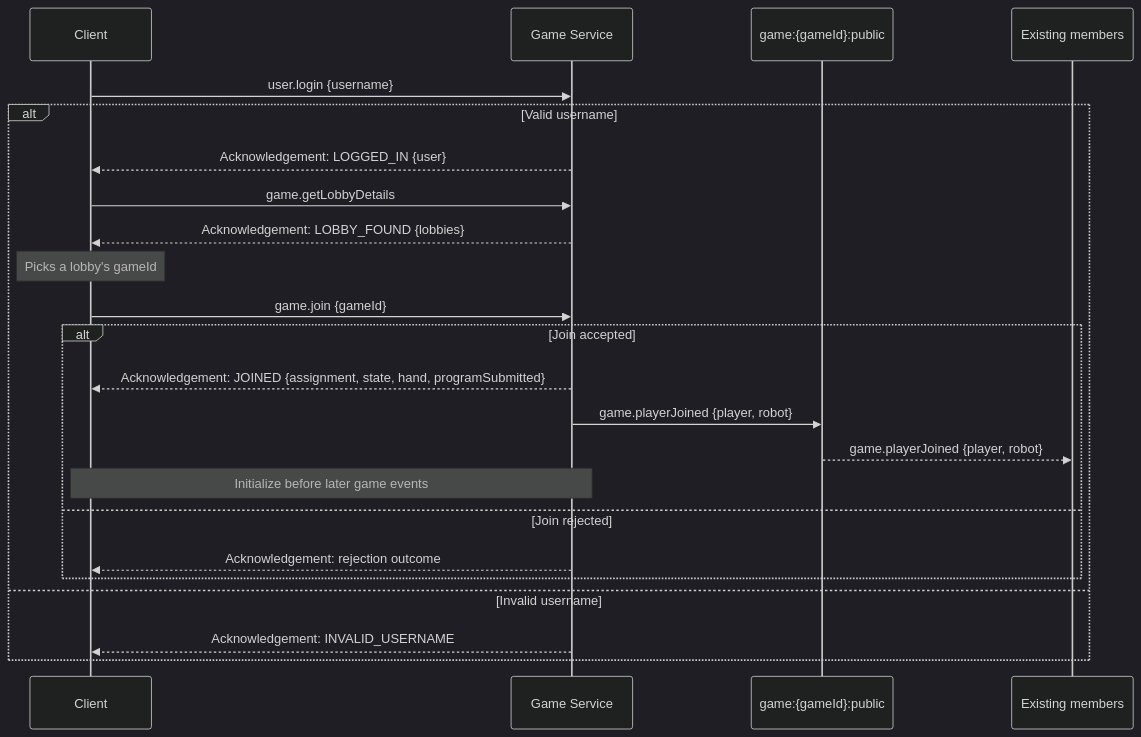
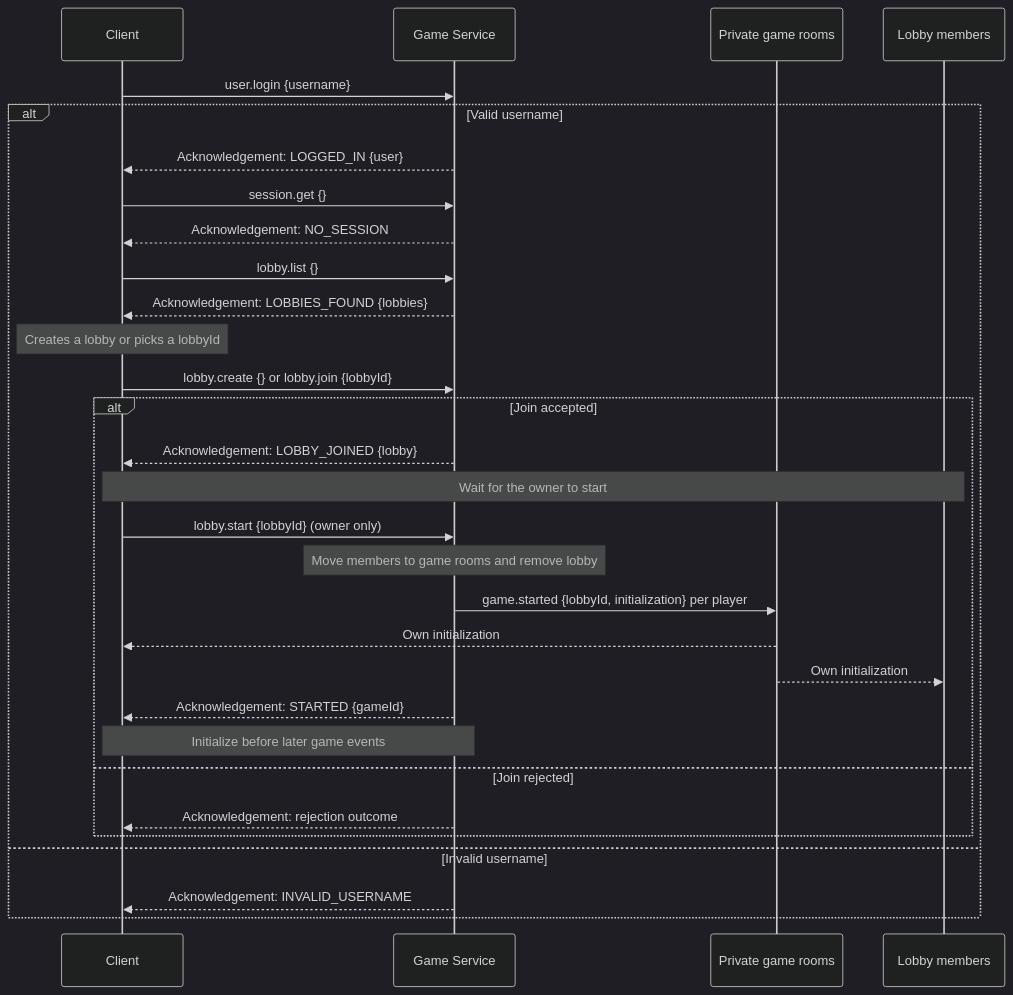
The first of 4 diagrams in docs/Communication.md (hananinas/RoboRally), drawn with Mermaid (dark theme) before and after one commit. The commit also changed other lines of this file and 2 other files, not shown here.

Commit message:
docs(lobby): define lobby lifecycle and game handoff

````diff
--- a/docs/Communication.md
+++ b/docs/Communication.md
@@ -63,26 +65,33 @@
 ```mermaid
 sequenceDiagram
     participant Client
     participant Server as Game Service
-    participant Public as game:{gameId}:public
-    participant Others as Existing members
+    participant Private as Private game rooms
+    participant Others as Lobby members
 
     Client->>Server: user.login {username}
     alt Valid username
         Server-->>Client: Acknowledgement: LOGGED_IN {user}
-        Client->>Server : game.getLobbyDetails
-        Server-->>Client: Acknowledgement: LOBBY_FOUND {lobbies}
-        Note over Client: Picks a lobby's gameId
-        Client->>Server: game.join {gameId}
+        Client->>Server: session.get {}
+        Server-->>Client: Acknowledgement: NO_SESSION
+        Client->>Server : lobby.list {}
+        Server-->>Client: Acknowledgement: LOBBIES_FOUND {lobbies}
+        Note over Client: Creates a lobby or picks a lobbyId
+        Client->>Server: lobby.create {} or lobby.join {lobbyId}
         alt Join accepted
-            Server-->>Client: Acknowledgement: JOINED {assignment, state, hand, programSubmitted}
-            Server->>Public: game.playerJoined {player, robot}
-            Public-->>Others: game.playerJoined {player, robot}
+            Server-->>Client: Acknowledgement: LOBBY_JOINED {lobby}
+            Note over Client,Others: Wait for the owner to start
+            Client->>Server: lobby.start {lobbyId} (owner only)
+            Note over Server: Move members to game rooms and remove lobby
+            Server->>Private: game.started {lobbyId, initialization} per player
+            Private-->>Client: Own initialization
+            Private-->>Others: Own initialization
+            Server-->>Client: Acknowledgement: STARTED {gameId}
             Note over Client,Server: Initialize before later game events
         else Join rejected
             Server-->>Client: Acknowledgement: rejection outcome
         end
     else Invalid username
         Server-->>Client: Acknowledgement: INVALID_USERNAME
     end
 ```
````
